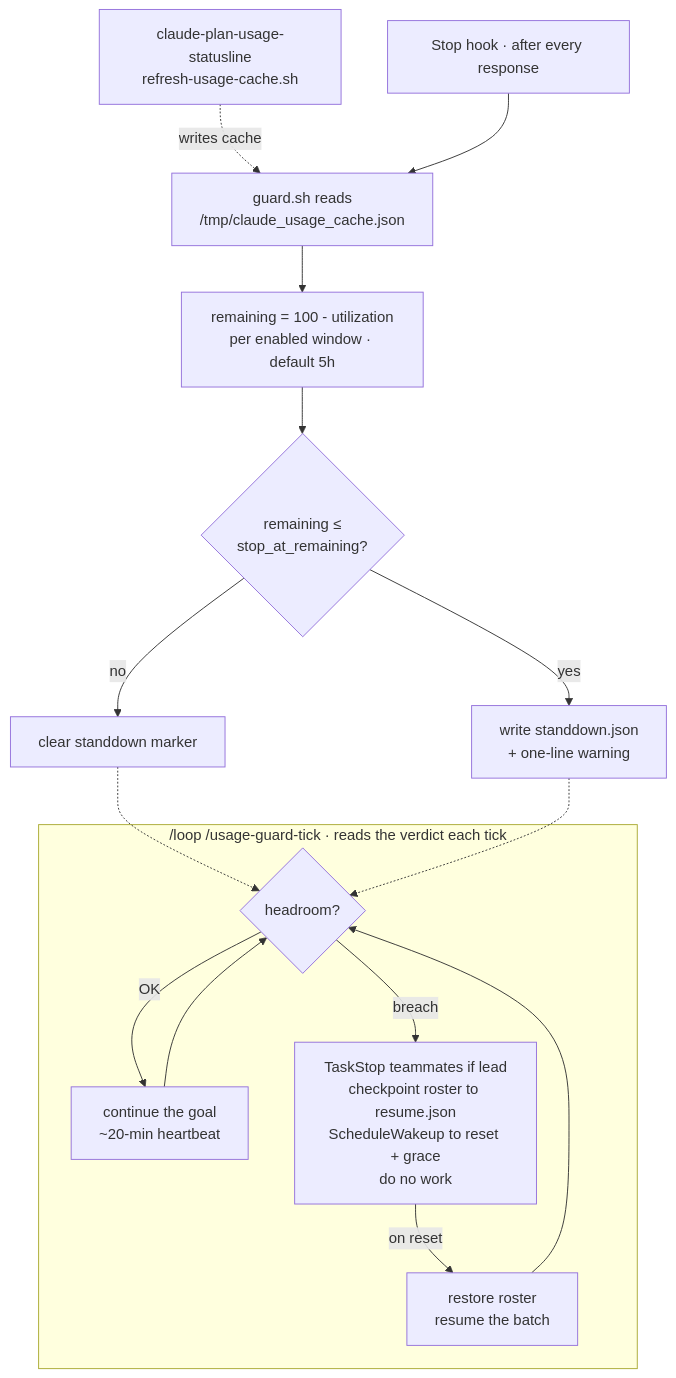
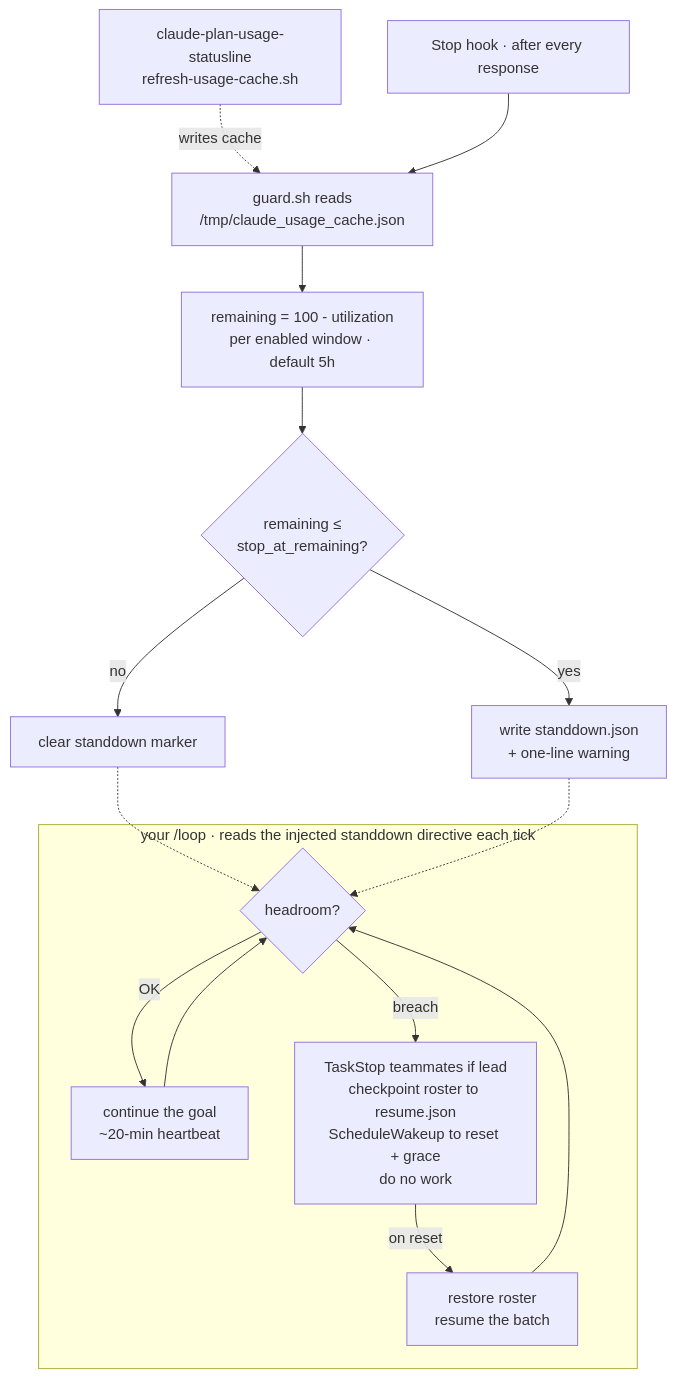
Before and after one commit to romacv/claude-usage-guard: the diagram in README.md, drawn with Mermaid. The commit also changed 1 other file, not shown here.

Commit message:
Drive standdown from the Stop hook into the active loop; record pause source + clean message

````diff
--- a/README.md
+++ b/README.md
@@ -25,21 +25,21 @@
 ```mermaid
 flowchart TD
     P["claude-plan-usage-statusline<br/>refresh-usage-cache.sh"] -. writes cache .-> B
     A["Stop hook · after every response"] --> B["guard.sh reads<br/>/tmp/claude_usage_cache.json"]
     B --> C["remaining = 100 - utilization<br/>per enabled window · default 5h"]
     C --> D{"remaining ≤<br/>stop_at_remaining?"}
     D -->|no| E["clear standdown marker"]
     D -->|yes| F["write standdown.json<br/>+ one-line warning"]
 
-    subgraph LOOP["/loop /usage-guard-tick · reads the verdict each tick"]
+    subgraph LOOP["your /loop · reads the injected standdown directive each tick"]
         G{"headroom?"}
         G -->|OK| H["continue the goal<br/>~20-min heartbeat"]
         G -->|breach| I["TaskStop teammates if lead<br/>checkpoint roster to resume.json<br/>ScheduleWakeup to reset + grace<br/>do no work"]
         I -->|on reset| J["restore roster<br/>resume the batch"]
         J --> G
         H --> G
     end
 
     E -.-> G
     F -.-> G
 ```
````
